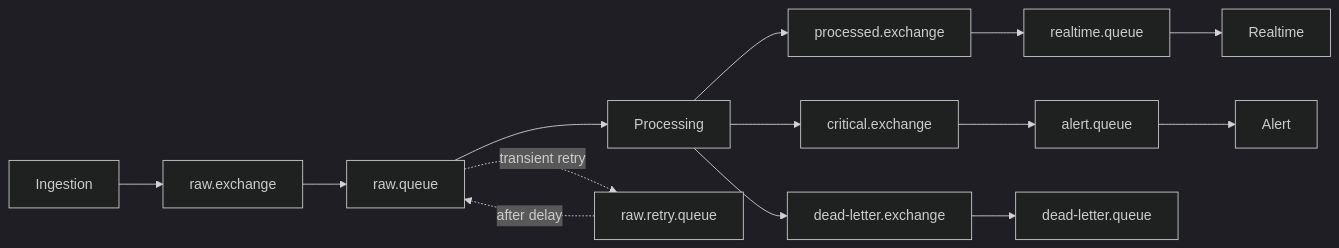
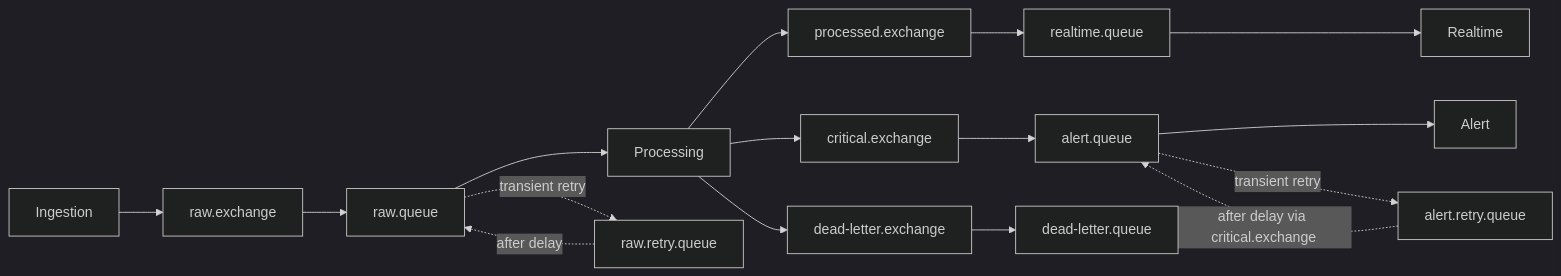
Before and after one commit to NgnTienDat/vanioak: the first of 3 diagrams in docs/architecture/rabbitmq-topology.md, drawn with Mermaid (dark theme). The commit also changed other lines of this file and 71 other files, not shown here.

Commit message:
add(docs): finalize architecture and agent guidance

````diff
--- a/docs/architecture/rabbitmq-topology.md
+++ b/docs/architecture/rabbitmq-topology.md
@@ -7,20 +7,22 @@
 ```mermaid
 flowchart LR
     ING["Ingestion"] --> RE["raw.exchange"]
     RE --> RQ["raw.queue"]
     RQ --> PROC["Processing"] 
 
     PROC --> PE["processed.exchange"]
     PE --> RTQ["realtime.queue"]
     RTQ --> RT["Realtime"]
 
     PROC --> CE["critical.exchange"]
     CE --> AQ["alert.queue"]
     AQ --> AL["Alert"]
 
     PROC --> DLE["dead-letter.exchange"]
     DLE --> DLQ["dead-letter.queue"]
 
     RQ -. "transient retry" .-> RRQ["raw.retry.queue"]
     RRQ -. "after delay" .-> RQ
+    AQ -. "transient retry" .-> ARQ["alert.retry.queue"]
+    ARQ -. "after delay via critical.exchange" .-> AQ
 ```
````
